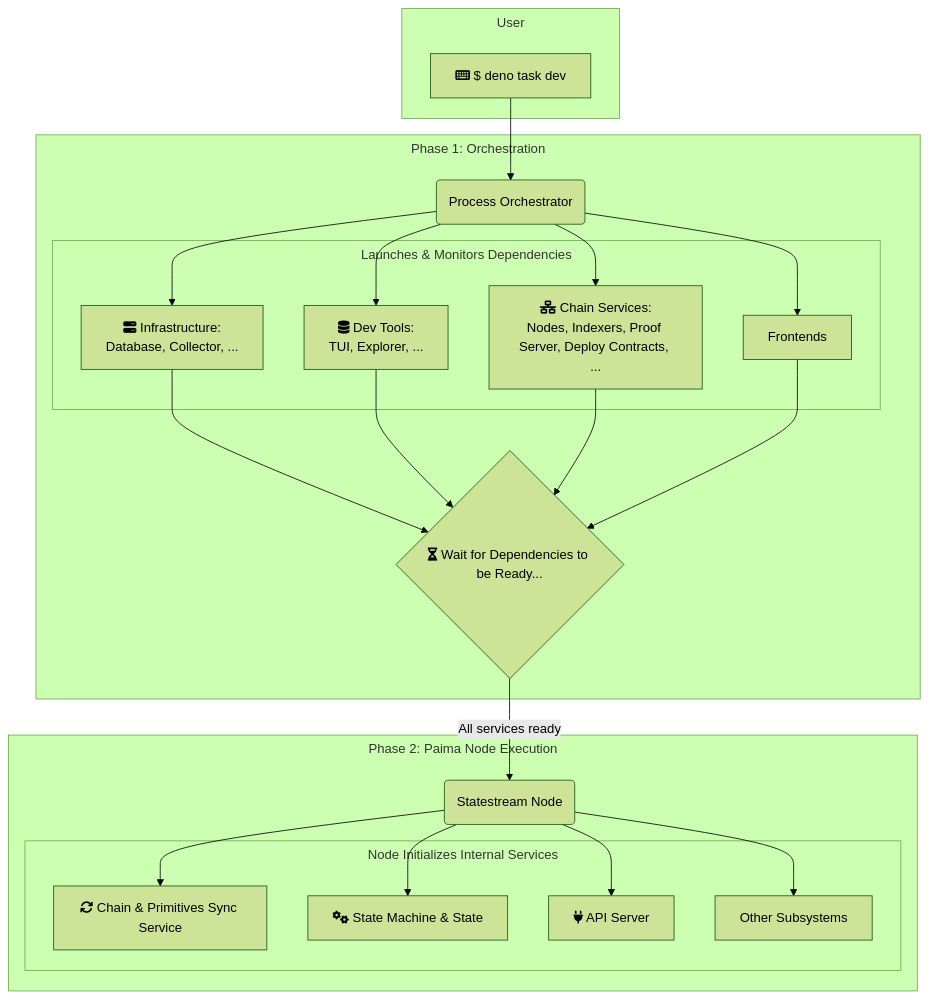
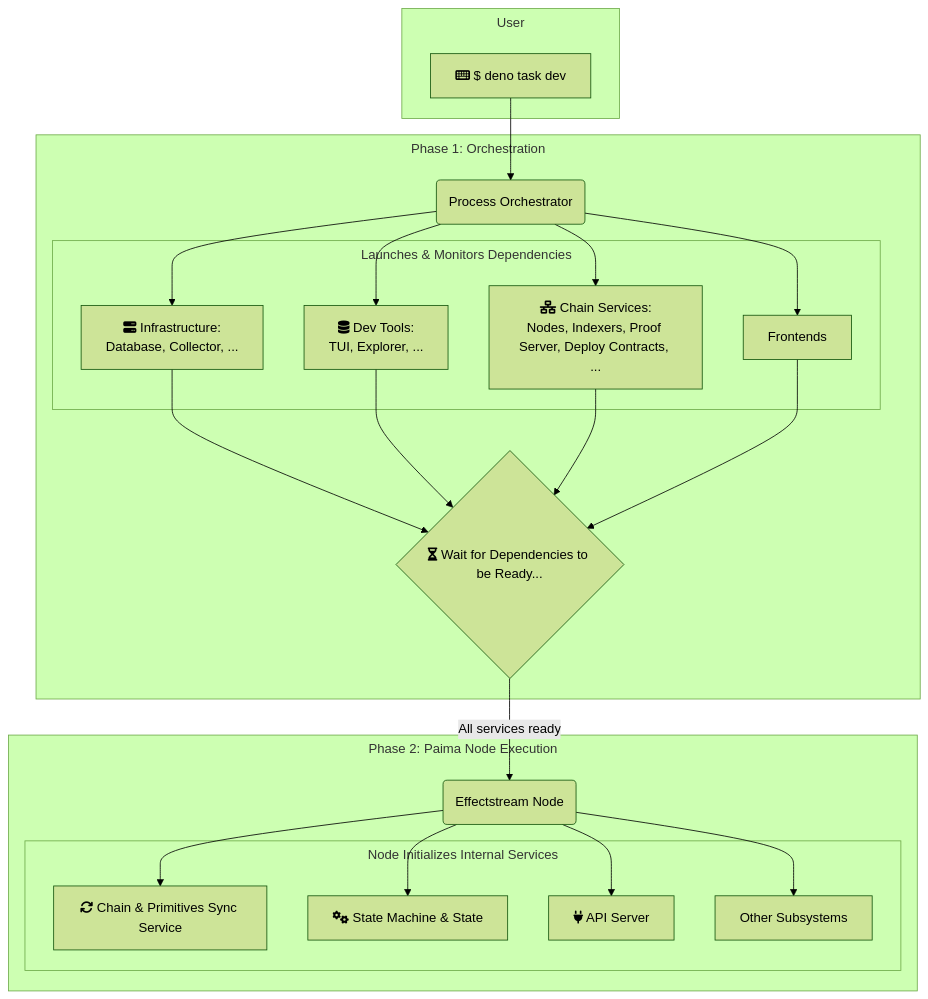
One commit to effectstream/effectstream changed the diagram in docs/site/docs/home/100-components/117-node-startup.md. Above: the diagram before and after it, drawn with Mermaid (forest theme). The commit also changed other lines of this file and 600 other files, not shown here.

````diff
--- a/docs/site/docs/home/100-components/117-node-startup.md
+++ b/docs/site/docs/home/100-components/117-node-startup.md
@@ -74,53 +74,53 @@
 ```mermaid
 ---
 config:
   flowchart:
     subGraphTitleMargin:
       top: 5
       bottom: 25
 ---
 graph TD
     subgraph "User"
         A["fa:fa-keyboard $ deno task dev"]
     end
 
     subgraph "Phase 1: Orchestration"
         B(Process Orchestrator)
         subgraph "Launches & Monitors Dependencies"
             
             C[fa:fa-server Infrastructure:<br/>Database, Collector, ...]
             D[fa:fa-database Dev Tools:<br/>TUI, Explorer, ...]
             E[fa:fa-network-wired Chain Services:<br/>Nodes, Indexers, Proof Server, Deploy Contracts, ...]
             F[Frontends]
         end
         G{fa:fa-hourglass-half Wait for Dependencies to be Ready...}
     end
 
     subgraph "Phase 2: Paima Node Execution"
-        H(Statestream Node)
+        H(Effectstream Node)
         subgraph "Node Initializes Internal Services"
             I[fa:fa-sync Chain & Primitives Sync Service]
             J[fa:fa-cogs State Machine & State]
             K[fa:fa-plug API Server]
             L[Other Subsystems]
         end
     end
 
     A --> B;
     B --> C;
     B --> D;
     B --> E;
     B --> F;
 
     C --> G;
     D --> G;
     E --> G;
     F --> G;
     
     G -- All services ready --> H;
     
     H --> L;
     H --> I;
     H --> J;
     H --> K;
 ```
````
